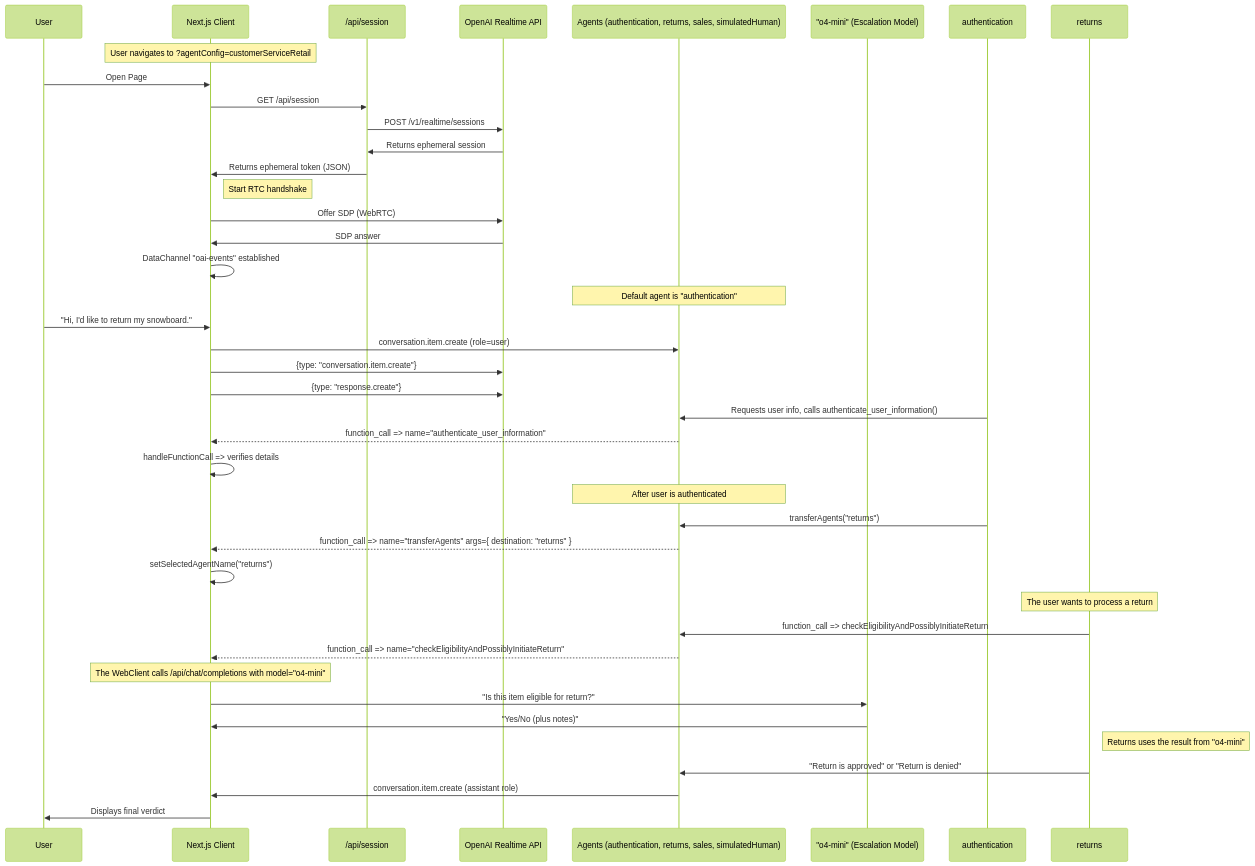
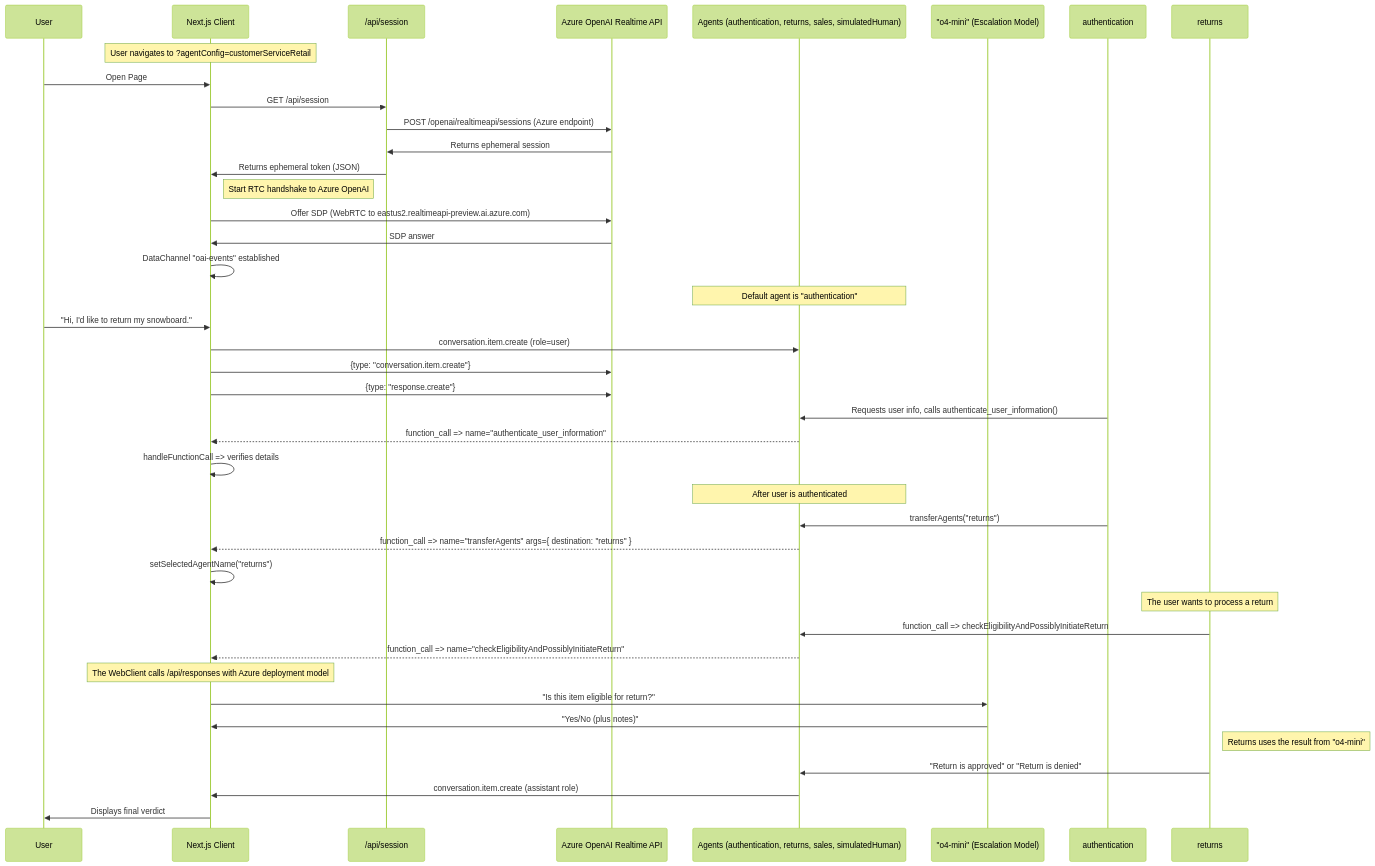
Before and after one commit to gao-dennis/azure-openai-realtime-agents: the diagram in README.md, drawn with Mermaid (forest theme). The commit also changed other lines of this file and 18 other files, not shown here.

Commit message:
Updating code with updates from openai-realtime-agents

````diff
--- a/README.md
+++ b/README.md
@@ -144,49 +110,49 @@
 ```mermaid
 sequenceDiagram
     participant User
     participant WebClient as Next.js Client
     participant NextAPI as /api/session
-    participant RealtimeAPI as OpenAI Realtime API
+    participant RealtimeAPI as Azure OpenAI Realtime API
     participant AgentManager as Agents (authentication, returns, sales, simulatedHuman)
     participant o1mini as "o4-mini" (Escalation Model)
 
     Note over WebClient: User navigates to ?agentConfig=customerServiceRetail
     User->>WebClient: Open Page
     WebClient->>NextAPI: GET /api/session
-    NextAPI->>RealtimeAPI: POST /v1/realtime/sessions
+    NextAPI->>RealtimeAPI: POST /openai/realtimeapi/sessions (Azure endpoint)
     RealtimeAPI->>NextAPI: Returns ephemeral session
     NextAPI->>WebClient: Returns ephemeral token (JSON)
 
-    Note right of WebClient: Start RTC handshake
-    WebClient->>RealtimeAPI: Offer SDP (WebRTC)
+    Note right of WebClient: Start RTC handshake to Azure OpenAI
+    WebClient->>RealtimeAPI: Offer SDP (WebRTC to eastus2.realtimeapi-preview.ai.azure.com)
     RealtimeAPI->>WebClient: SDP answer
     WebClient->>WebClient: DataChannel "oai-events" established
 
     Note over AgentManager: Default agent is "authentication"
     User->>WebClient: "Hi, I'd like to return my snowboard."
     WebClient->>AgentManager: conversation.item.create (role=user)
     WebClient->>RealtimeAPI: {type: "conversation.item.create"}
     WebClient->>RealtimeAPI: {type: "response.create"}
 
     authentication->>AgentManager: Requests user info, calls authenticate_user_information()
     AgentManager-->>WebClient: function_call => name="authenticate_user_information"
     WebClient->>WebClient: handleFunctionCall => verifies details
 
     Note over AgentManager: After user is authenticated
     authentication->>AgentManager: transferAgents("returns")
     AgentManager-->>WebClient: function_call => name="transferAgents" args={ destination: "returns" }
     WebClient->>WebClient: setSelectedAgentName("returns")
 
     Note over returns: The user wants to process a return
     returns->>AgentManager: function_call => checkEligibilityAndPossiblyInitiateReturn
     AgentManager-->>WebClient: function_call => name="checkEligibilityAndPossiblyInitiateReturn"
 
-    Note over WebClient: The WebClient calls /api/chat/completions with model="o4-mini"
+    Note over WebClient: The WebClient calls /api/responses with Azure deployment model
     WebClient->>o1mini: "Is this item eligible for return?"
     o1mini->>WebClient: "Yes/No (plus notes)"
 
     Note right of returns: Returns uses the result from "o4-mini"
     returns->>AgentManager: "Return is approved" or "Return is denied"
     AgentManager->>WebClient: conversation.item.create (assistant role)
     WebClient->>User: Displays final verdict
 ```
````
